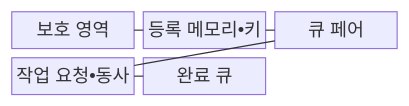
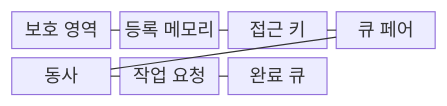
One commit to agnusdei1207/knowledge-base changed the first of 2 diagrams in src/content/docs/notes/08-latest-tech/152_rdma.md. Above: the diagram before and after it, drawn with Mermaid. The commit also changed other lines of this file and 20 other files, not shown here.

````diff
--- a/src/content/docs/notes/08-latest-tech/152_rdma.md
+++ b/src/content/docs/notes/08-latest-tech/152_rdma.md
@@ -67,13 +70,17 @@
 ```mermaid
 block-beta
-    columns 3
+    columns 4
     P["보호 영역"]
-    M["등록 메모리•키"]
+    M["등록 메모리"]
+    K["접근 키"]
     Q["큐 페어"]
-    V["작업 요청•동사"]
+    V["동사"]
+    W["작업 요청"]
     C["완료 큐"]
     P --- M
-    M --- Q
+    M --- K
+    K --- Q
     Q --- V
-    V --- C
+    V --- W
+    W --- C
 ```
````
